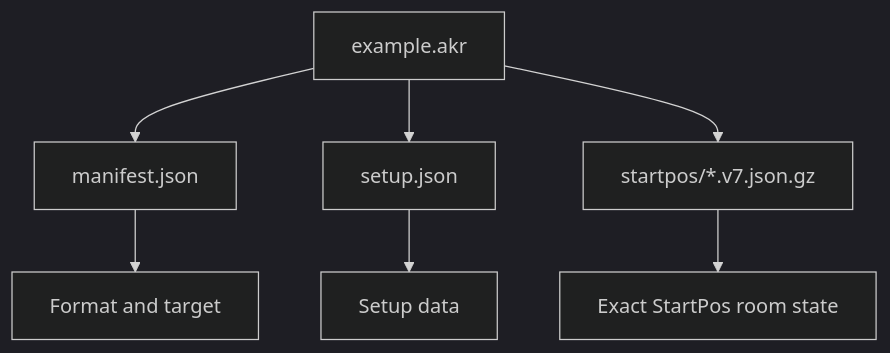
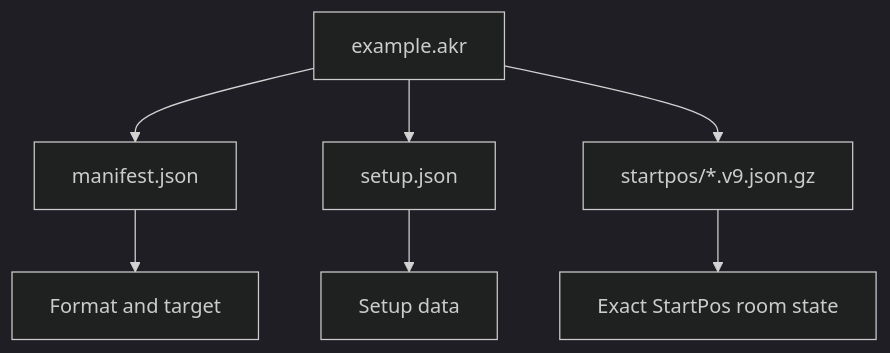
The diagram in docs/concepts/akr-files-and-setup-state.mdx (Microck/akron), drawn with Mermaid (dark theme) before and after one commit. The commit also changed other lines of this file and 78 other files, not shown here.

````diff
--- a/docs/concepts/akr-files-and-setup-state.mdx
+++ b/docs/concepts/akr-files-and-setup-state.mdx
@@ -27,9 +27,9 @@
 ```mermaid
 flowchart TD
   archive["example.akr"] --> manifest["manifest.json"]
   archive --> payload["setup.json"]
-  archive --> snapshots["startpos/*.v7.json.gz"]
+  archive --> snapshots["startpos/*.v9.json.gz"]
   manifest --> target["Format and target"]
   payload --> settings["Setup data"]
   snapshots --> roomState["Exact StartPos room state"]
 ```
````
